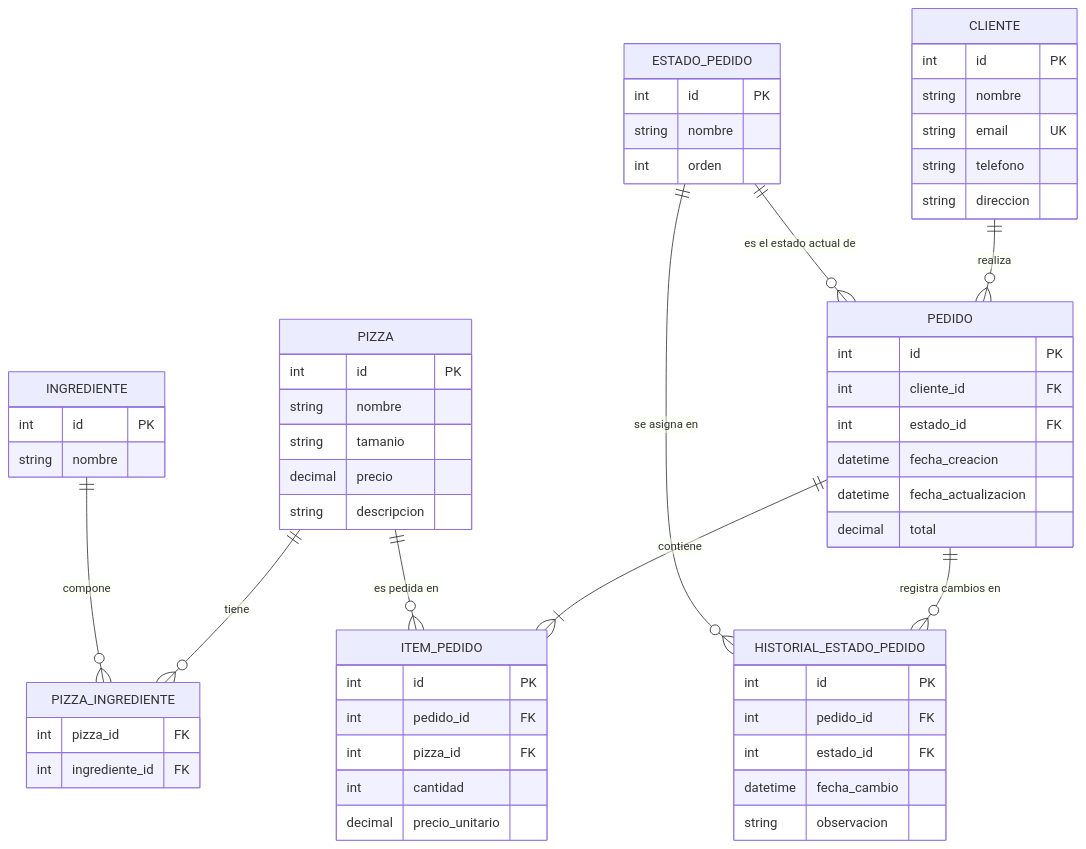
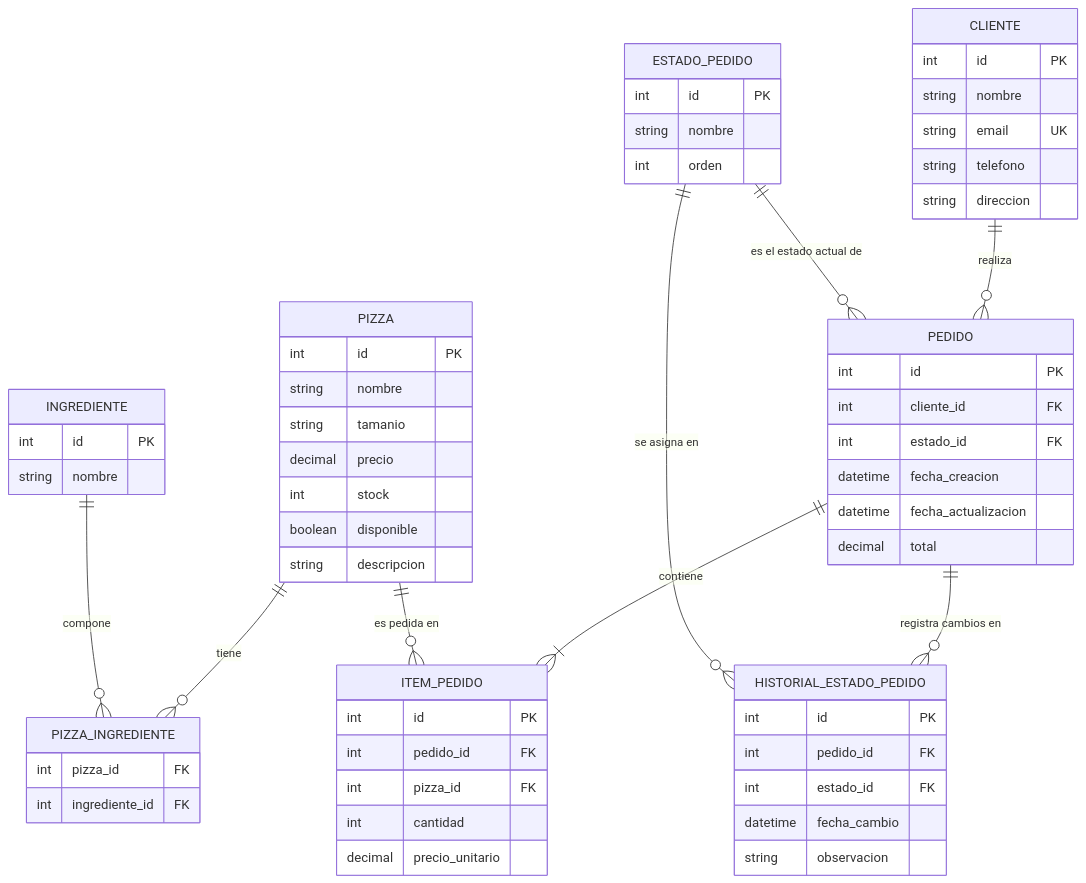
Before and after one commit to MonkiCapo/Trabajos2026: the second of 4 diagrams in Plan3.2/Relevamiento.md, drawn with Mermaid. The commit also changed other lines of this file and 145 other files, not shown here.

````diff
--- a/Plan3.2/Relevamiento.md
+++ b/Plan3.2/Relevamiento.md
@@ -117,70 +121,72 @@
 ```mermaid
 erDiagram
     CLIENTE {
         int id PK
         string nombre
         string email UK
         string telefono
         string direccion
     }
 
     PIZZA {
         int id PK
         string nombre
         string tamanio
         decimal precio
+        int stock
+        boolean disponible
         string descripcion
     }
 
     INGREDIENTE {
         int id PK
         string nombre
     }
 
     PIZZA_INGREDIENTE {
         int pizza_id FK
         int ingrediente_id FK
     }
 
     ESTADO_PEDIDO {
         int id PK
         string nombre
         int orden
     }
 
     PEDIDO {
         int id PK
         int cliente_id FK
         int estado_id FK
         datetime fecha_creacion
         datetime fecha_actualizacion
         decimal total
     }
 
     ITEM_PEDIDO {
         int id PK
         int pedido_id FK
         int pizza_id FK
         int cantidad
         decimal precio_unitario
     }
 
     HISTORIAL_ESTADO_PEDIDO {
         int id PK
         int pedido_id FK
         int estado_id FK
         datetime fecha_cambio
         string observacion
     }
 
     CLIENTE ||--o{ PEDIDO : "realiza"
     PEDIDO ||--|{ ITEM_PEDIDO : "contiene"
     PIZZA ||--o{ ITEM_PEDIDO : "es pedida en"
 
     PIZZA ||--o{ PIZZA_INGREDIENTE : "tiene"
     INGREDIENTE ||--o{ PIZZA_INGREDIENTE : "compone"
 
     ESTADO_PEDIDO ||--o{ PEDIDO : "es el estado actual de"
     PEDIDO ||--o{ HISTORIAL_ESTADO_PEDIDO : "registra cambios en"
     ESTADO_PEDIDO ||--o{ HISTORIAL_ESTADO_PEDIDO : "se asigna en"
 ```
````
